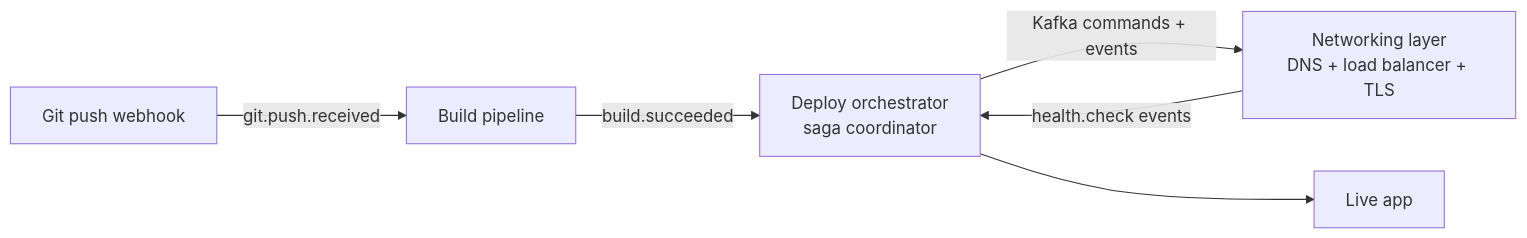
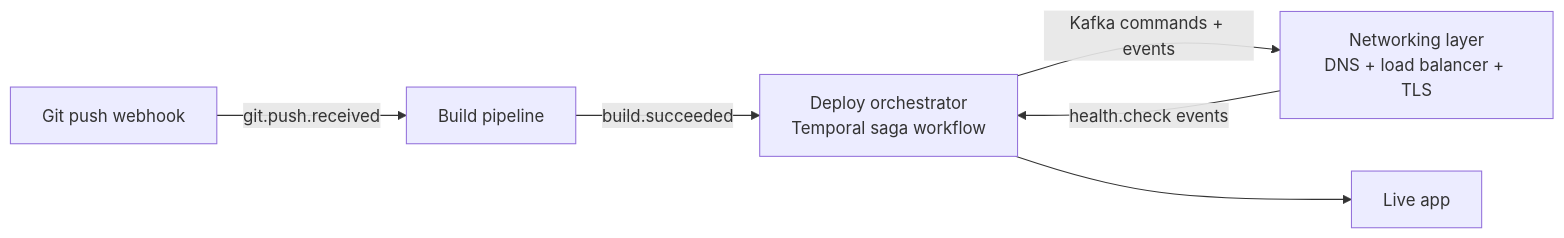
The first of 2 diagrams in PROJECT.md (Wamitinewton/Pallet.io), drawn with Mermaid before and after one commit. The commit also changed other lines of this file and 7 other files, not shown here.

````diff
--- a/PROJECT.md
+++ b/PROJECT.md
@@ -52,8 +52,8 @@
 ```mermaid
 flowchart LR
     A[Git push webhook] -->|git.push.received| B[Build pipeline]
-    B -->|build.succeeded| C[Deploy orchestrator<br/>saga coordinator]
+    B -->|build.succeeded| C[Deploy orchestrator<br/>Temporal saga workflow]
     C -->|Kafka commands + events| D[Networking layer<br/>DNS + load balancer + TLS]
     D -->|health.check events| C
     C --> E[Live app]
 ```
````
